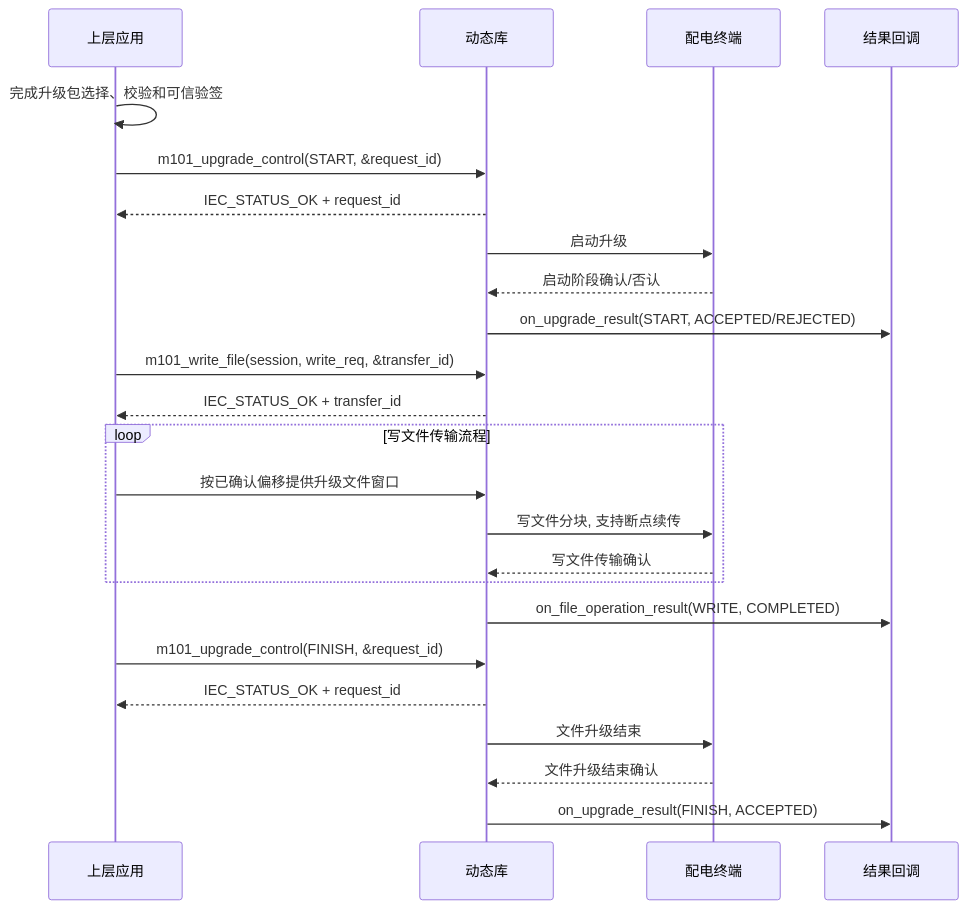
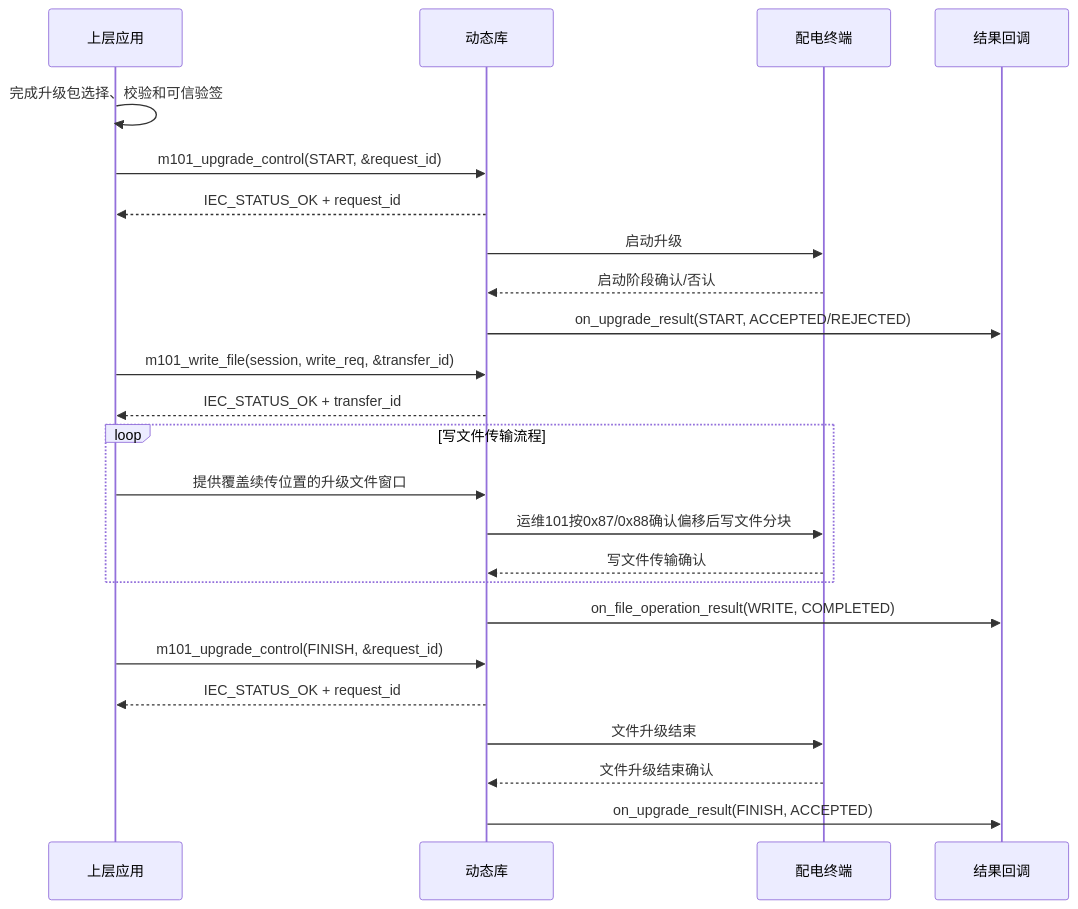
Diagram 13 of 19 in doc/api/gw_protocol_sdk_api_design.md (CcooLcyy/gw-protocol-sdk), drawn with Mermaid before and after one commit. The commit also changed other lines of this file and 1 other file, not shown here.

````diff
--- a/doc/api/gw_protocol_sdk_api_design.md
+++ b/doc/api/gw_protocol_sdk_api_design.md
@@ -2377,27 +2378,27 @@
 ```mermaid
 sequenceDiagram
     participant 应用 as 上层应用
     participant 库 as 动态库
     participant 终端 as 配电终端
     participant 回调 as 结果回调
 
     应用->>应用: 完成升级包选择、校验和可信验签
     应用->>库: m101_upgrade_control(START, &request_id)
     库-->>应用: IEC_STATUS_OK + request_id
     库->>终端: 启动升级
     终端-->>库: 启动阶段确认/否认
     库->>回调: on_upgrade_result(START, ACCEPTED/REJECTED)
     应用->>库: m101_write_file(session, write_req, &transfer_id)
     库-->>应用: IEC_STATUS_OK + transfer_id
     loop 写文件传输流程
-        应用->>库: 按已确认偏移提供升级文件窗口
-        库->>终端: 写文件分块, 支持断点续传
+        应用->>库: 提供覆盖续传位置的升级文件窗口
+        库->>终端: 运维101按0x87/0x88确认偏移后写文件分块
         终端-->>库: 写文件传输确认
     end
     库->>回调: on_file_operation_result(WRITE, COMPLETED)
     应用->>库: m101_upgrade_control(FINISH, &request_id)
     库-->>应用: IEC_STATUS_OK + request_id
     库->>终端: 文件升级结束
     终端-->>库: 文件升级结束确认
     库->>回调: on_upgrade_result(FINISH, ACCEPTED)
 ```
````
